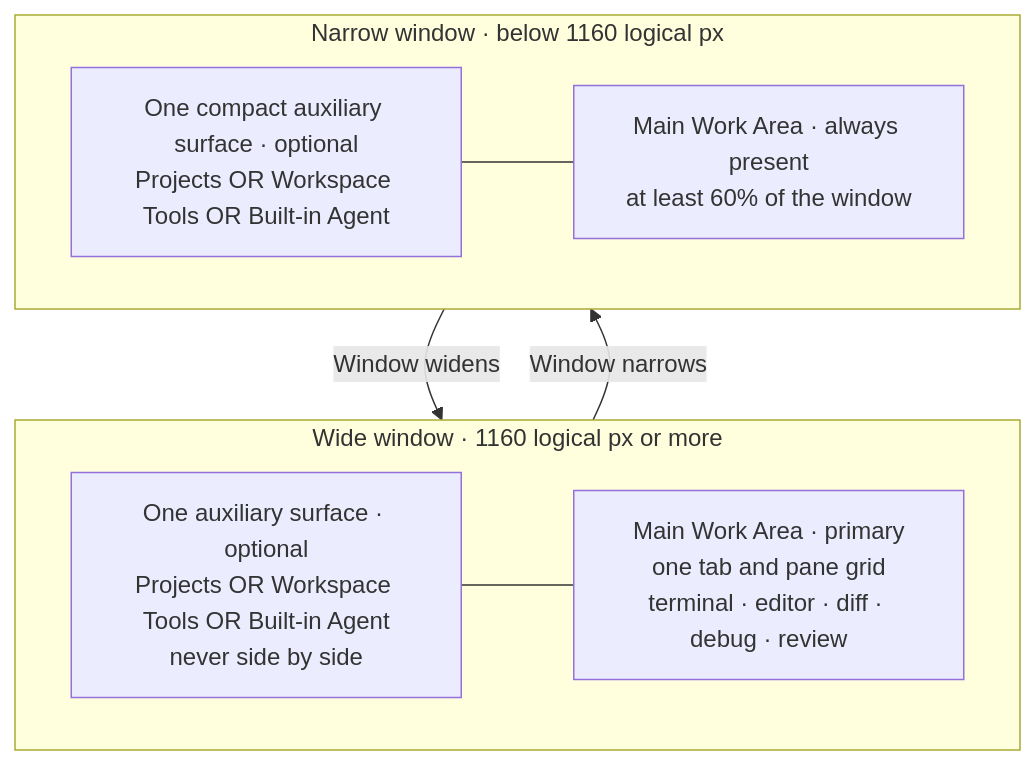
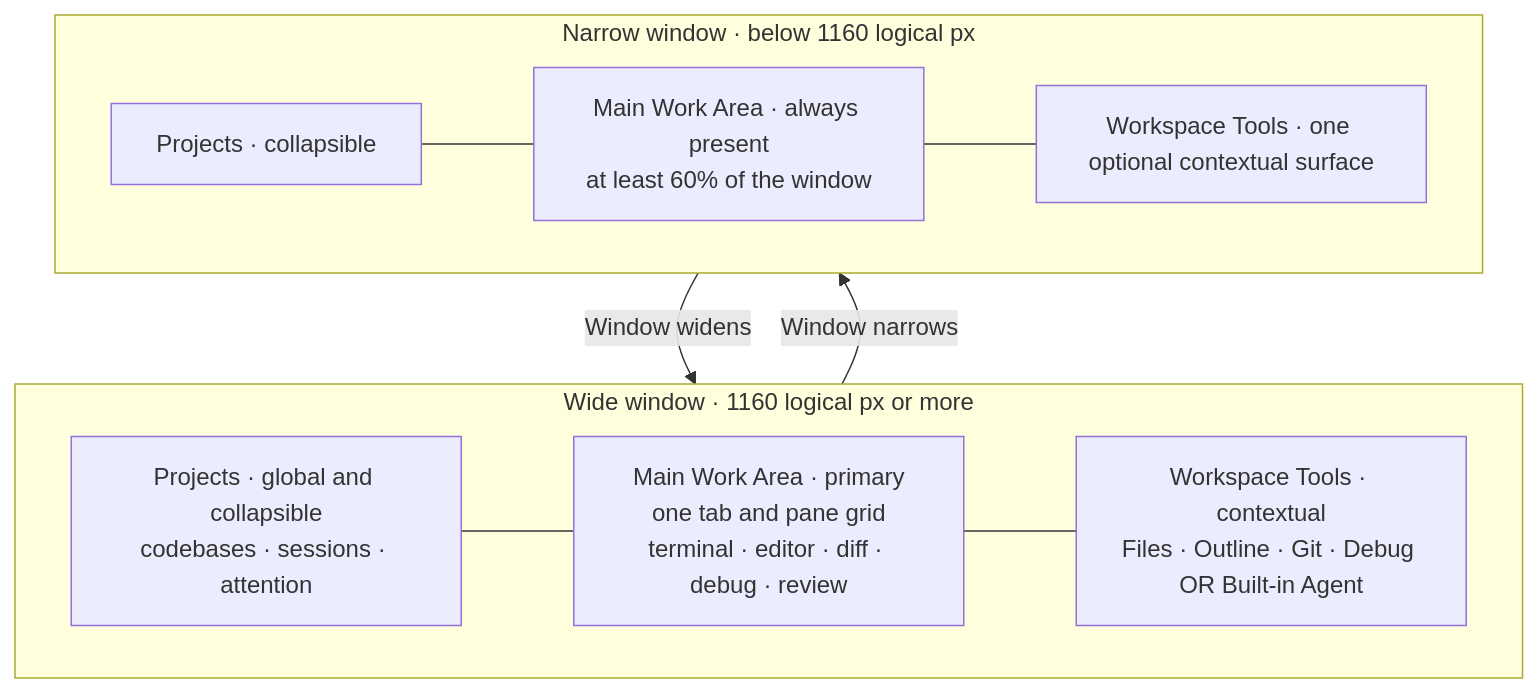
The first of 3 diagrams in docs/src/development/dez/fork-notes.md (Oreoro/dez), drawn with Mermaid before and after one commit. The commit also changed other lines of this file and 20 other files, not shown here.

Commit message:
Polish v0.0.3 studio navigation and agent sessions

````diff
--- a/docs/src/development/dez/fork-notes.md
+++ b/docs/src/development/dez/fork-notes.md
@@ -75,19 +75,21 @@
 ```mermaid
 flowchart TB
     subgraph WIDE["Wide window · 1160 logical px or more"]
         direction LR
-        WA["One auxiliary surface · optional<br/>Projects OR Workspace Tools OR Built-in Agent<br/>never side by side"]
+        WP["Projects · global and collapsible<br/>codebases · sessions · attention"]
         WM["Main Work Area · primary<br/>one tab and pane grid<br/>terminal · editor · diff · debug · review"]
-        WA --- WM
+        WT["Workspace Tools · contextual<br/>Files · Outline · Git · Debug OR Built-in Agent"]
+        WP --- WM --- WT
     end
 
     subgraph NARROW["Narrow window · below 1160 logical px"]
         direction LR
-        FA["One compact auxiliary surface · optional<br/>Projects OR Workspace Tools OR Built-in Agent"]
+        FP["Projects · collapsible"]
         FM["Main Work Area · always present<br/>at least 60% of the window"]
-        FA --- FM
+        FT["Workspace Tools · one optional contextual surface"]
+        FP --- FM --- FT
     end
 
     WIDE -->|Window narrows| NARROW
     NARROW -->|Window widens| WIDE
 ```
````
